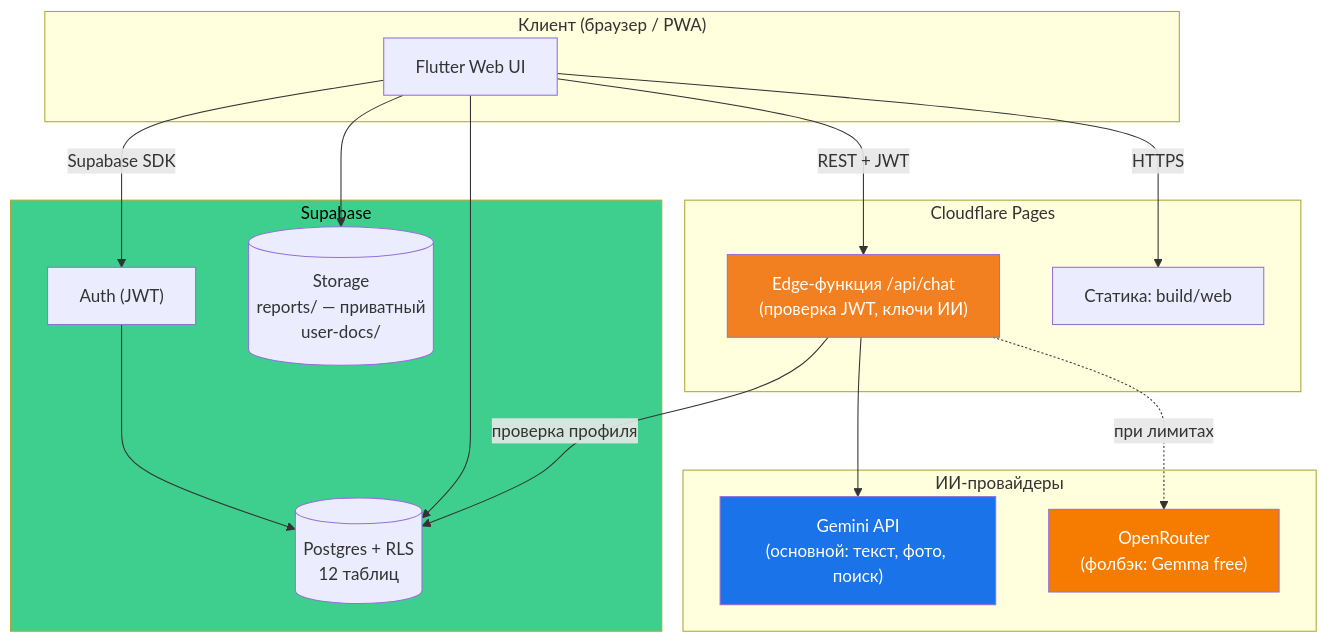
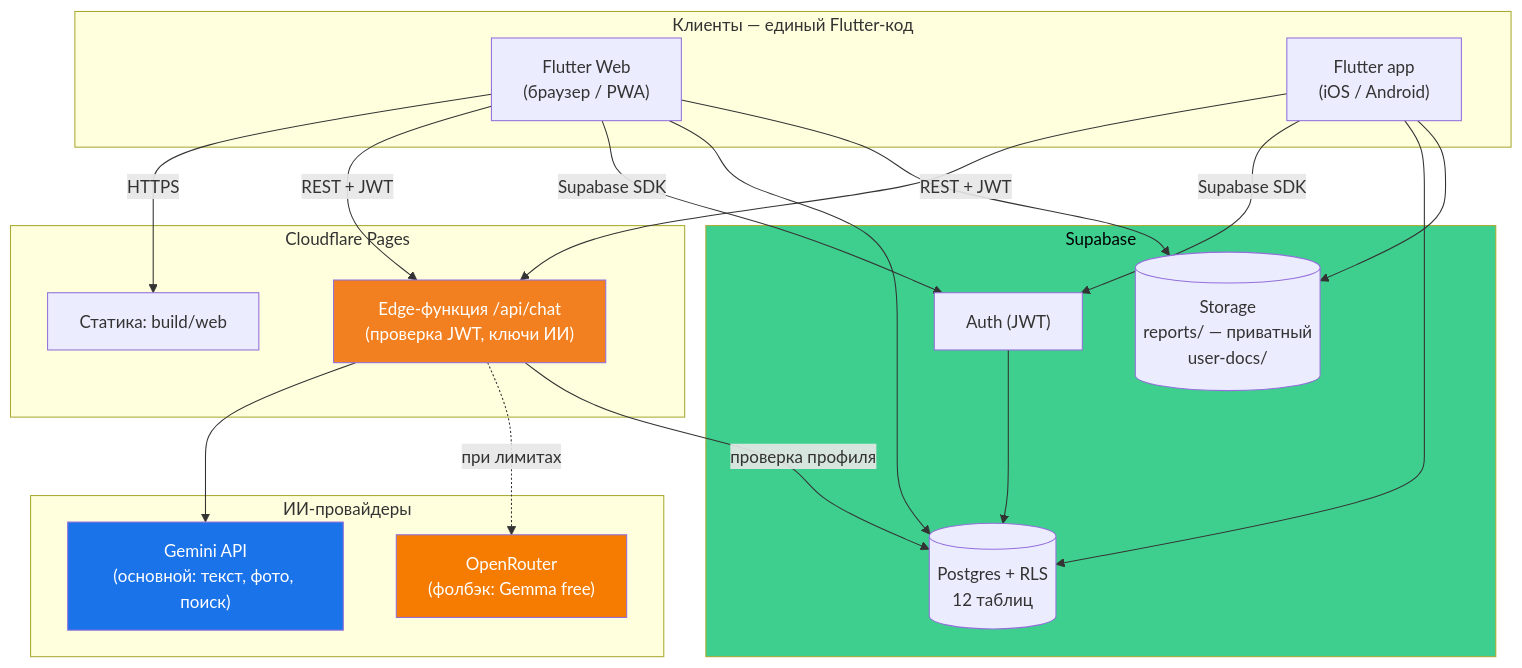
Before and after one commit to arcnosixta/esep-web: the first of 7 diagrams in TZ/Roadmap.md, drawn with Mermaid. The commit also changed other lines of this file and 1 other file, not shown here.

Commit message:
docs: Roadmap — клиенты web+app (единый Flutter), убраны Этапы 3-4 (после сентября)

````diff
--- a/TZ/Roadmap.md
+++ b/TZ/Roadmap.md
@@ -10,37 +10,42 @@
 ```mermaid
 flowchart TB
-    subgraph Client["Клиент (браузер / PWA)"]
-        UI["Flutter Web UI"]
+    subgraph Client["Клиенты — единый Flutter-код"]
+        WEB["Flutter Web<br/>(браузер / PWA)"]
+        MOB["Flutter app<br/>(iOS / Android)"]
     end
 
     subgraph CF["Cloudflare Pages"]
         EDGE["Edge-функция /api/chat<br/>(проверка JWT, ключи ИИ)"]
         STATIC["Статика: build/web"]
     end
 
     subgraph SB["Supabase"]
         AUTH["Auth (JWT)"]
         DB[("Postgres + RLS<br/>12 таблиц")]
         STO[("Storage<br/>reports/ — приватный<br/>user-docs/")]
     end
 
     subgraph AI["ИИ-провайдеры"]
         GEM["Gemini API<br/>(основной: текст, фото, поиск)"]
         OR["OpenRouter<br/>(фолбэк: Gemma free)"]
     end
 
-    UI -->|"HTTPS"| STATIC
-    UI -->|"REST + JWT"| EDGE
+    WEB -->|"HTTPS"| STATIC
+    WEB -->|"REST + JWT"| EDGE
+    MOB -->|"REST + JWT"| EDGE
     EDGE --> GEM
     EDGE -.->|"при лимитах"| OR
-    UI -->|"Supabase SDK"| AUTH
+    WEB -->|"Supabase SDK"| AUTH
+    MOB -->|"Supabase SDK"| AUTH
     AUTH --> DB
-    UI --> DB
-    UI --> STO
+    WEB --> DB
+    MOB --> DB
+    WEB --> STO
+    MOB --> STO
     EDGE -->|"проверка профиля"| DB
 
     style GEM fill:#1a73e8,color:#fff
     style OR fill:#f57c00,color:#fff
     style EDGE fill:#f38020,color:#fff
     style SB fill:#3ecf8e,color:#000
 ```
````
